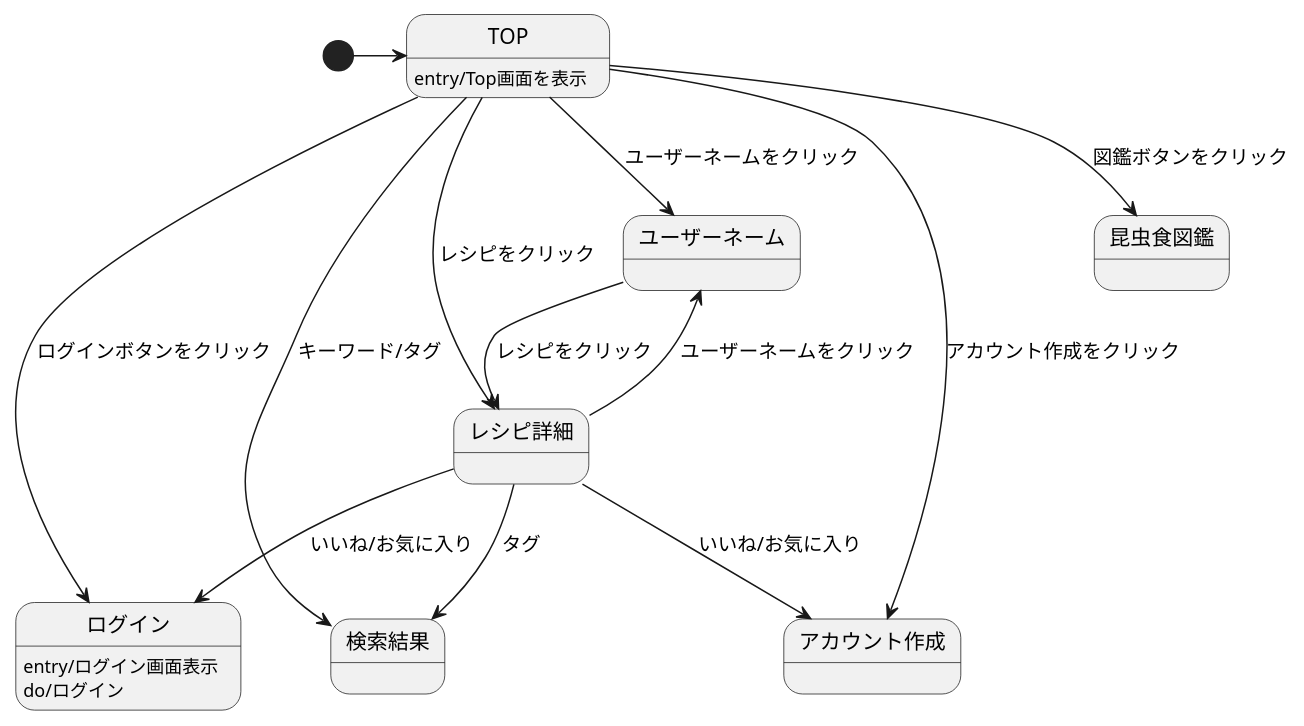
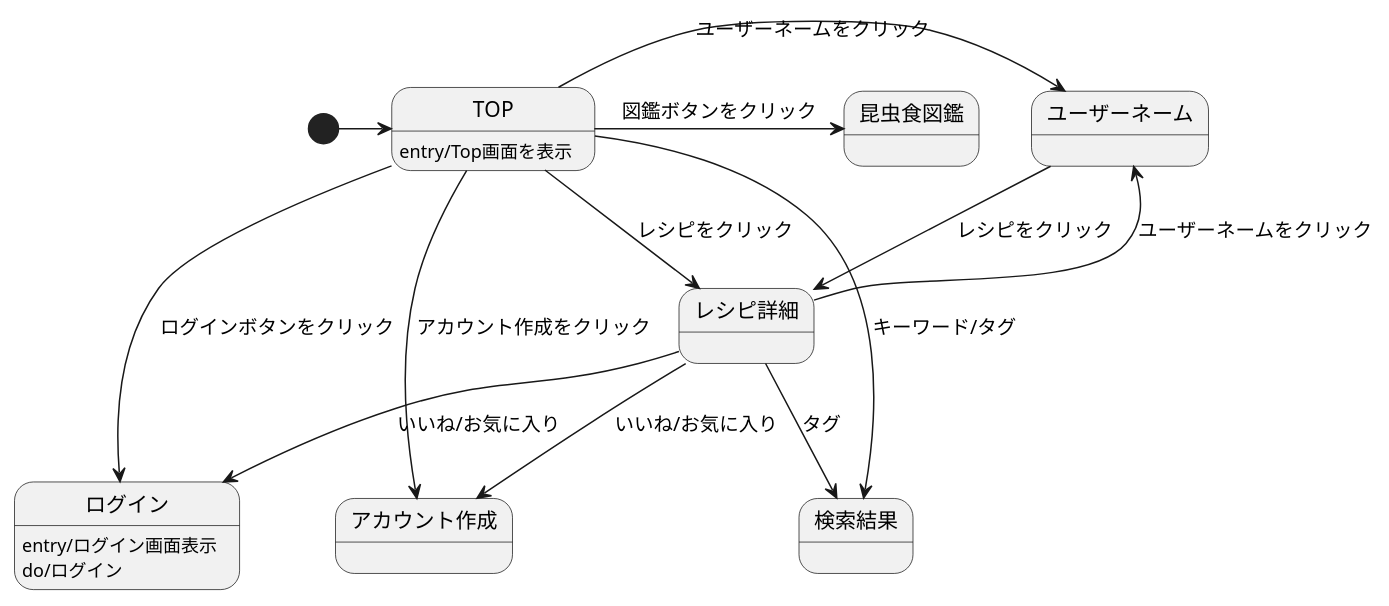
Before and after one commit to ASO2001040/bugbug-design: the diagram in ScreenTransitionDiagram.md, drawn with PlantUML.

````diff
--- a/ScreenTransitionDiagram.md
+++ b/ScreenTransitionDiagram.md
@@ -1,20 +1,20 @@
 ```uml
 @startuml
 [*]->TOP
 
 TOP : entry/Top画面を表示
-TOP-->ログイン: ログインボタンをクリック
-TOP-->アカウント作成: アカウント作成をクリック
-TOP-->昆虫食図鑑: 図鑑ボタンをクリック
-TOP-->ユーザーネーム: ユーザーネームをクリック
-TOP-->レシピ詳細: レシピをクリック
-TOP-->検索結果: キーワード/タグ
+TOP->ログイン: ログインボタンをクリック
+TOP->アカウント作成: アカウント作成をクリック
+TOP->昆虫食図鑑: 図鑑ボタンをクリック
+TOP->ユーザーネーム: ユーザーネームをクリック
+TOP->レシピ詳細: レシピをクリック
+TOP->検索結果: キーワード/タグ
 ユーザーネーム->レシピ詳細: レシピをクリック
 レシピ詳細-->ユーザーネーム: ユーザーネームをクリック
 レシピ詳細-->検索結果: タグ
 レシピ詳細-->アカウント作成: いいね/お気に入り
 レシピ詳細-->ログイン: いいね/お気に入り
 ログイン: entry/ログイン画面表示
 ログイン : do/ログイン
 @enduml
 ```
````
